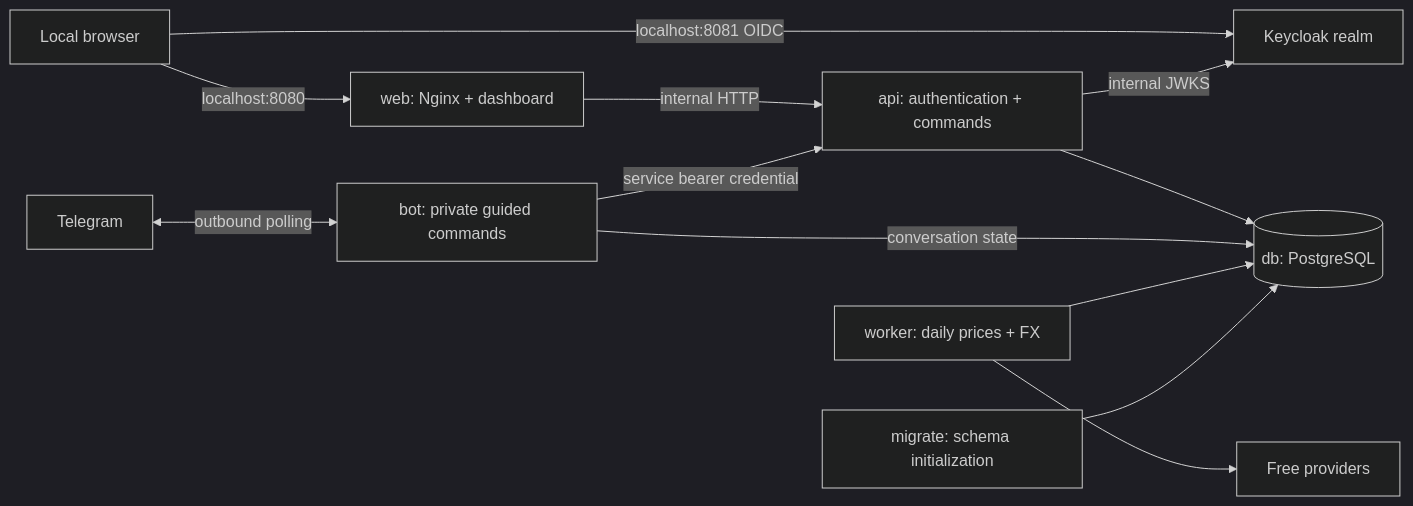
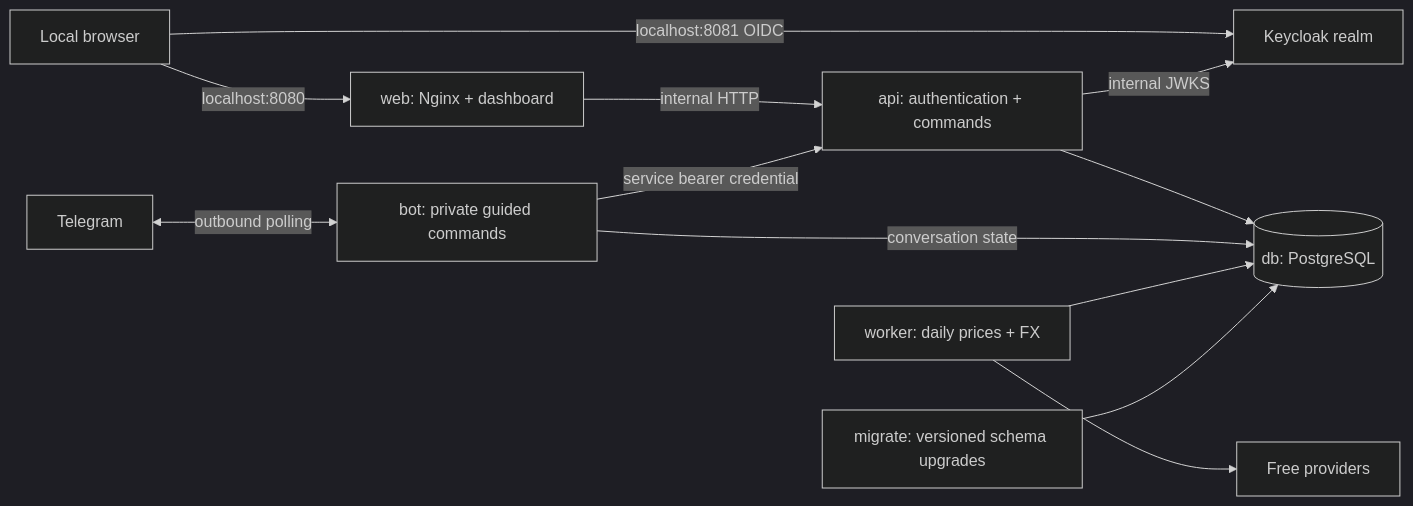
One commit to prolude1/FinancialPlanner changed the diagram in docs/architecture.md. Above: the diagram before and after it, drawn with Mermaid (dark theme). The commit also changed other lines of this file and 13 other files, not shown here.

````diff
--- a/docs/architecture.md
+++ b/docs/architecture.md
@@ -7,14 +7,14 @@
 ```mermaid
 flowchart LR
     Browser[Local browser] -->|localhost:8080| Web[web: Nginx + dashboard]
     Browser -->|localhost:8081 OIDC| Keycloak[Keycloak realm]
     Web -->|internal HTTP| API[api: authentication + commands]
     API -->|internal JWKS| Keycloak
     Telegram[Telegram] <-->|outbound polling| Bot[bot: private guided commands]
     Bot -->|service bearer credential| API
     API --> DB[(db: PostgreSQL)]
     Bot -->|conversation state| DB
     Worker[worker: daily prices + FX] --> Providers[Free providers]
     Worker --> DB
-    Migrate[migrate: schema initialization] --> DB
+    Migrate[migrate: versioned schema upgrades] --> DB
 ```
````
